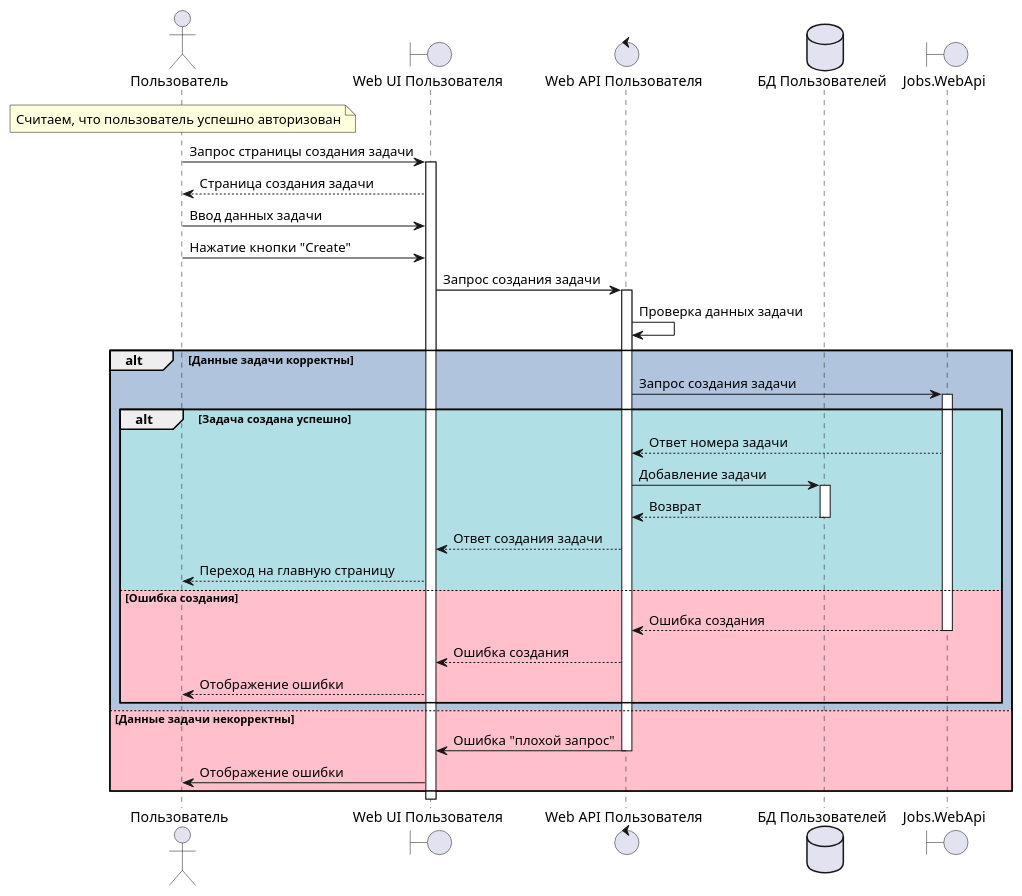
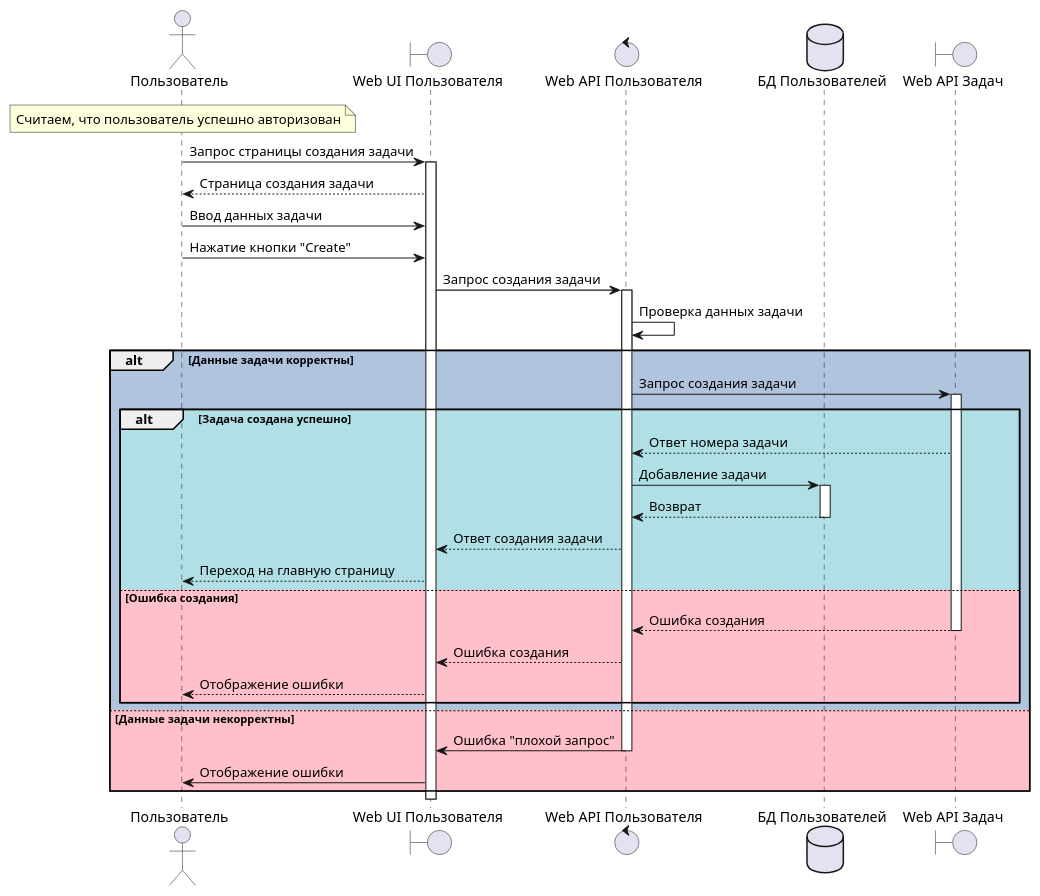
One commit to mrypdm/JobSystem changed the third of 5 diagrams in docs/diagrams/sequence/User.WebApp.puml. Above: the diagram before and after it, drawn with PlantUML. The commit also changed 5 other files, not shown here.

```diff
--- a/docs/diagrams/sequence/User.WebApp.puml
+++ b/docs/diagrams/sequence/User.WebApp.puml
@@ -98,45 +98,45 @@
 @startuml User job creation
 
 actor Пользователь as USER
 note over USER: Считаем, что пользователь успешно авторизован
 
 boundary "Web UI Пользователя" as UI
 control "Web API Пользователя" as API
 database "БД Пользователей" as DB
-boundary "Jobs.WebApi" as JOBS
+boundary "Web API Задач" as JOBS
 
 USER -> UI++: Запрос страницы создания задачи
 UI --> USER: Страница создания задачи
 USER -> UI: Ввод данных задачи
 USER -> UI: Нажатие кнопки "Create"
 UI -> API++: Запрос создания задачи
 API -> API: Проверка данных задачи
 
 alt #LightSteelBlue Данные задачи корректны
 
     API -> JOBS++: Запрос создания задачи
 
     alt #PowderBlue Задача создана успешно
 
         JOBS --> API: Ответ номера задачи
         API -> DB++: Добавление задачи
         DB --> API--: Возврат
         API --> UI: Ответ создания задачи
         UI --> USER: Переход на главную страницу
 
     else #Pink Ошибка создания
 
         JOBS --> API--: Ошибка создания
         API --> UI: Ошибка создания
         UI --> USER: Отображение ошибки
 
     end
 
 else #Pink Данные задачи некорректны
 
     API -> UI--: Ошибка "плохой запрос"
     UI -> USER: Отображение ошибки
 
 end
 
 @enduml
```
